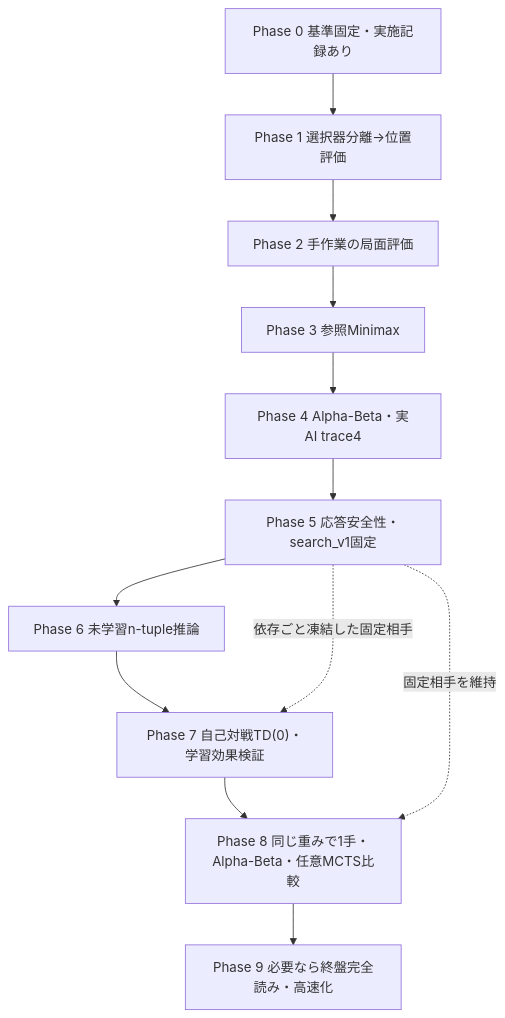
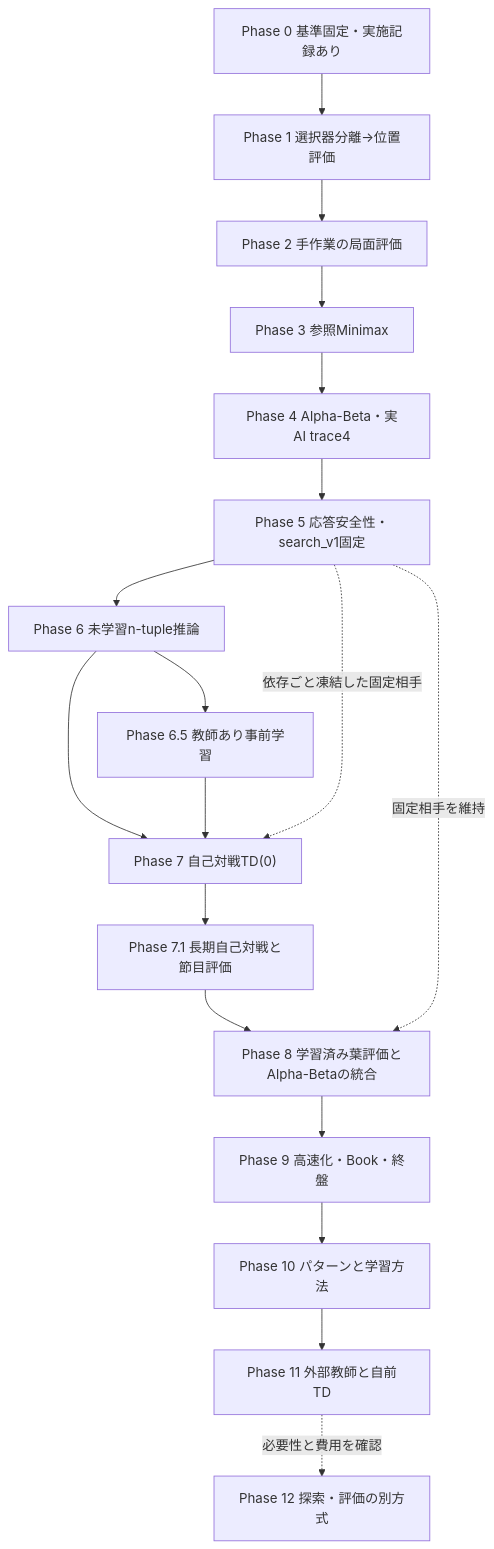
One commit to nonnhjleno/reversi-ai changed the diagram in docs/リバーシAI段階開発・評価設計書.md. Above: the diagram before and after it, drawn with Mermaid. The commit also changed other lines of this file and 3 other files, not shown here.

````diff
--- a/docs/リバーシAI段階開発・評価設計書.md
+++ b/docs/リバーシAI段階開発・評価設計書.md
@@ -139,14 +153,20 @@
 ```mermaid
 flowchart TD
     P0["Phase 0 基準固定・実施記録あり"] --> P1["Phase 1 選択器分離→位置評価"]
     P1 --> P2["Phase 2 手作業の局面評価"]
     P2 --> P3["Phase 3 参照Minimax"]
     P3 --> P4["Phase 4 Alpha-Beta・実AI trace4"]
     P4 --> P5["Phase 5 応答安全性・search_v1固定"]
     P5 --> P6["Phase 6 未学習n-tuple推論"]
-    P6 --> P7["Phase 7 自己対戦TD(0)・学習効果検証"]
-    P7 --> P8["Phase 8 同じ重みで1手・Alpha-Beta・任意MCTS比較"]
-    P8 --> P9["Phase 9 必要なら終盤完全読み・高速化"]
+    P6 --> PS["Phase 6.5 教師あり事前学習"]
+    P6 --> P7["Phase 7 自己対戦TD(0)"]
+    PS --> P7
+    P7 --> PL["Phase 7.1 長期自己対戦と節目評価"]
+    PL --> P8["Phase 8 学習済み葉評価とAlpha-Betaの統合"]
+    P8 --> P9["Phase 9 高速化・Book・終盤"]
+    P9 --> P10["Phase 10 パターンと学習方法"]
+    P10 --> P11["Phase 11 外部教師と自前TD"]
+    P11 -. "必要性と費用を確認" .-> P12["Phase 12 探索・評価の別方式"]
     P5 -. "依存ごと凍結した固定相手" .-> P7
     P5 -. "固定相手を維持" .-> P8
 ```
````
